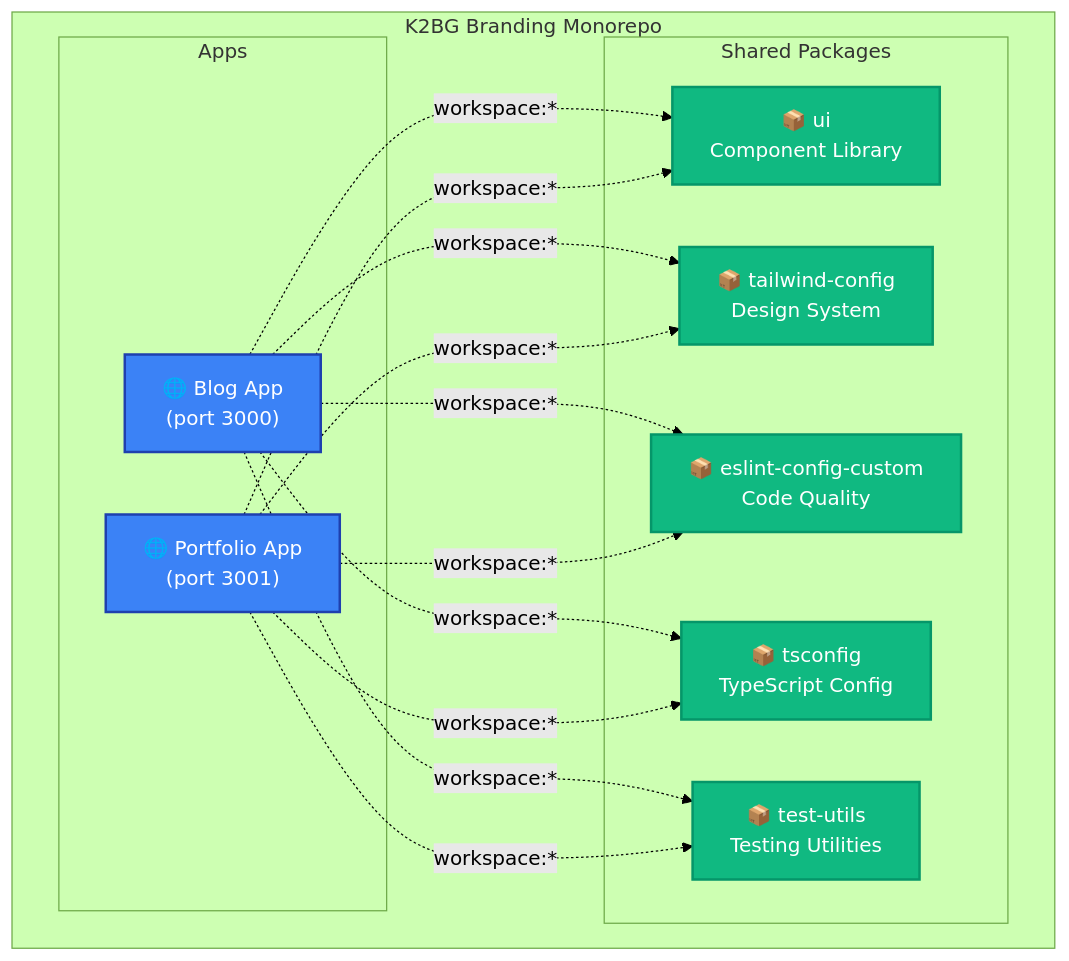
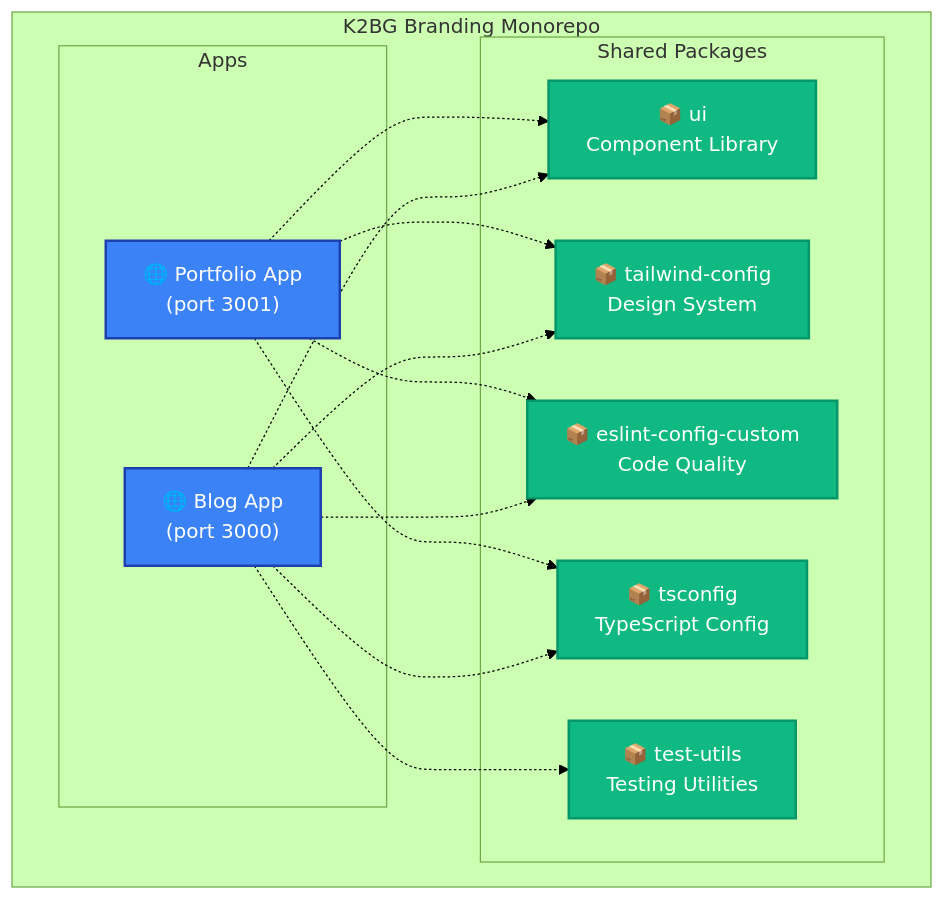
One commit to k2bg-technology/k2bg-branding changed the first of 5 diagrams in README.md. Above: the diagram before and after it, drawn with Mermaid (forest theme).

Commit message:
📝 docs: Remove workspace:* labels and correct Portfolio dependencies in Mermaid diagram
- Remove redundant workspace:* labels from dependency arrows
- Remove Portfolio -> TestUtils dependency (not used in actual package.json)
- Simplify diagram for better readability and accuracy

🤖 Generated with [Claude Code](https://claude.ai/code)

````diff
--- a/README.md
+++ b/README.md
@@ -118,35 +118,34 @@
 ```mermaid
 flowchart TB
     subgraph "K2BG Branding Monorepo"
         subgraph "Apps"
             Blog["🌐 Blog App<br/>(port 3000)"]
             Portfolio["🌐 Portfolio App<br/>(port 3001)"]
         end
 
         subgraph "Shared Packages"
             UI["📦 ui<br/>Component Library"]
             TailwindConfig["📦 tailwind-config<br/>Design System"]
             ESLintConfig["📦 eslint-config-custom<br/>Code Quality"]
             TSConfig["📦 tsconfig<br/>TypeScript Config"]
             TestUtils["📦 test-utils<br/>Testing Utilities"]
         end
     end
 
-    Blog -.->|workspace:*| UI
-    Blog -.->|workspace:*| TailwindConfig
-    Blog -.->|workspace:*| ESLintConfig
-    Blog -.->|workspace:*| TSConfig
-    Blog -.->|workspace:*| TestUtils
+    Blog -.-> UI
+    Blog -.-> TailwindConfig
+    Blog -.-> ESLintConfig
+    Blog -.-> TSConfig
+    Blog -.-> TestUtils
 
-    Portfolio -.->|workspace:*| UI
-    Portfolio -.->|workspace:*| TailwindConfig
-    Portfolio -.->|workspace:*| ESLintConfig
-    Portfolio -.->|workspace:*| TSConfig
-    Portfolio -.->|workspace:*| TestUtils
+    Portfolio -.-> UI
+    Portfolio -.-> TailwindConfig
+    Portfolio -.-> ESLintConfig
+    Portfolio -.-> TSConfig
 
     classDef appStyle fill:#3B82F6,stroke:#1E40AF,stroke-width:2px,color:#fff
     classDef packageStyle fill:#10B981,stroke:#059669,stroke-width:2px,color:#fff
 
     class Blog,Portfolio appStyle
     class UI,TailwindConfig,ESLintConfig,TSConfig,TestUtils packageStyle
 ```
````
